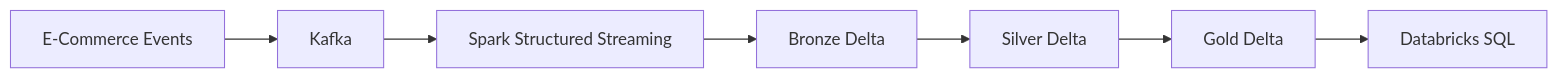
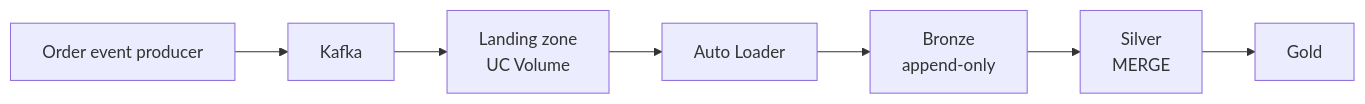
One commit to yunusbaskan04/databricks-ecommerce-data-platform changed the second of 2 diagrams in README.md. Above: the diagram before and after it, drawn with Mermaid. The commit also changed other lines of this file and 1 other file, not shown here.

````diff
--- a/README.md
+++ b/README.md
@@ -77,13 +37,9 @@
 ```mermaid
 flowchart LR
-    A[E-Commerce Events]
-    --> B[Kafka]
-
-    B --> C[Spark Structured Streaming]
-
-    C --> D[Bronze Delta]
-    D --> E[Silver Delta]
-    E --> F[Gold Delta]
-
-    F --> G[Databricks SQL]
+    A[Order event producer] --> B[Kafka]
+    B --> C[Landing zone<br/>UC Volume]
+    C --> D[Auto Loader]
+    D --> E[Bronze<br/>append-only]
+    E --> F[Silver<br/>MERGE]
+    F --> G[Gold]
 ```
````
